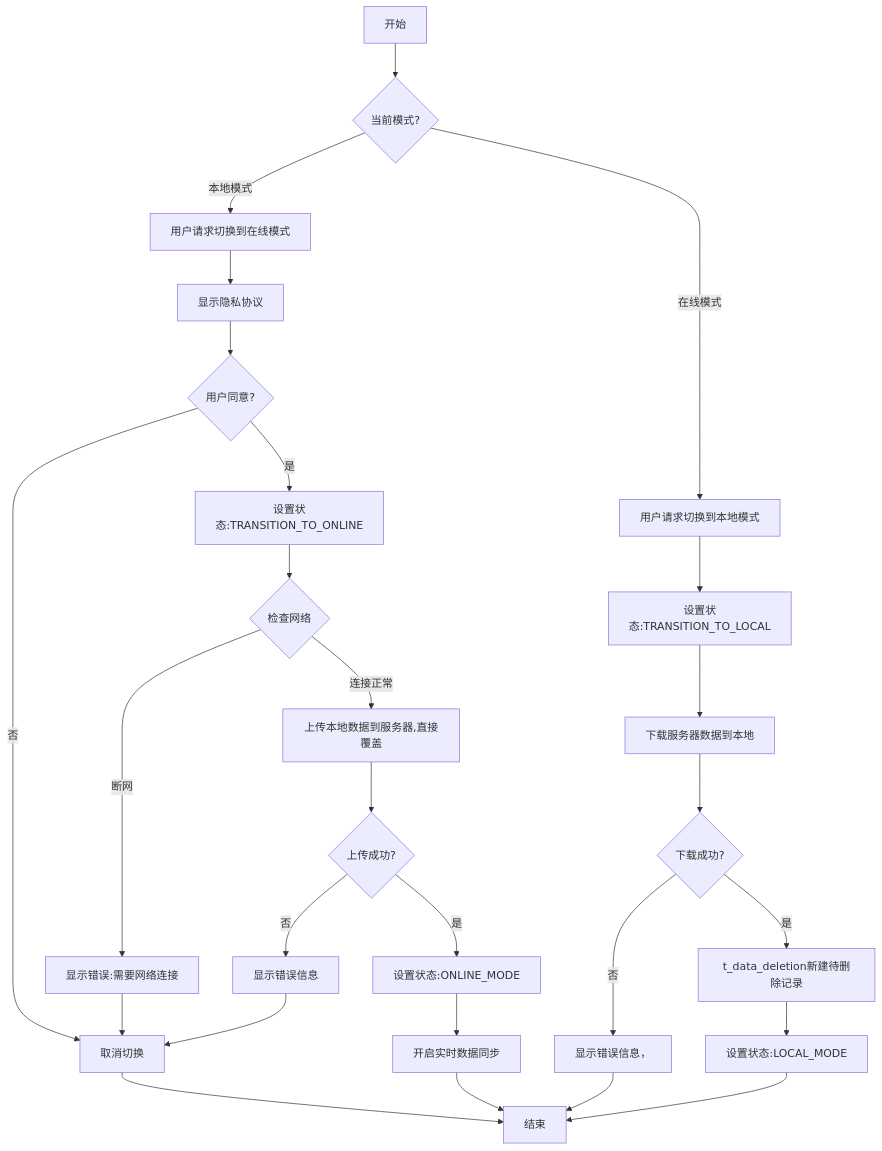
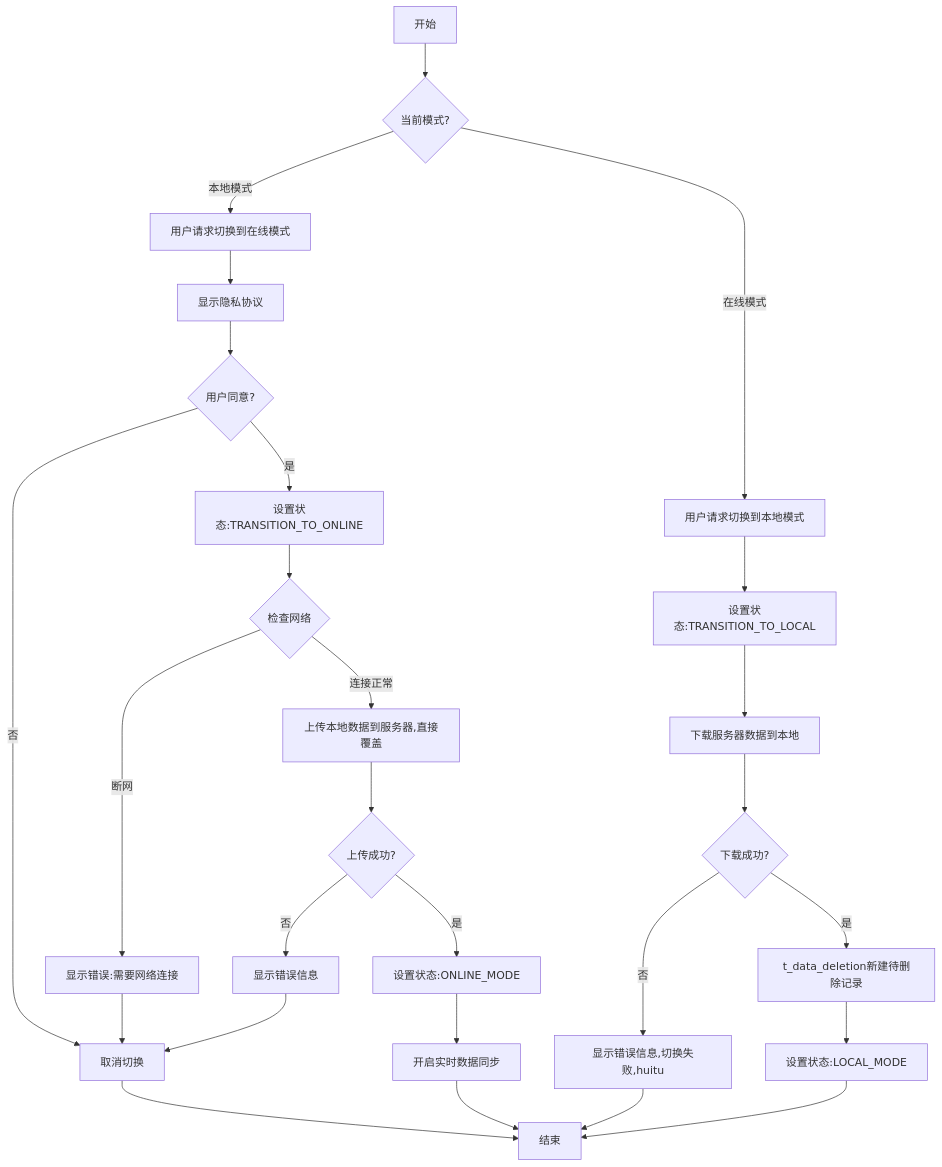
The diagram in all/未命名-50.md (yingjianzh/iodraw-files), drawn with Mermaid before and after one commit.

Commit message:
2025-05-08 16:15:39 update

````diff
--- a/all/未命名-50.md
+++ b/all/未命名-50.md
@@ -1,34 +1,34 @@
 ```mermaid
 
 flowchart TD
     A[开始] --> B{当前模式?}
     
     B -->|本地模式| C[用户请求切换到在线模式]
     C --> F[显示隐私协议]
     F --> G{用户同意?}
     G -->|否| H[取消切换]
     H --> Z[结束]
     G -->|是| I[设置状态:TRANSITION_TO_ONLINE]
     I --> J{检查网络}
     J -->|断网| K[显示错误:需要网络连接]
     K --> H
     J -->|连接正常| O[上传本地数据到服务器,直接覆盖]
     O --> P{上传成功?}
     P -->|否| Q[显示错误信息]
     Q --> H
     P -->|是| R[设置状态:ONLINE_MODE]
     R --> S[开启实时数据同步]
     S --> Z
     
     B -->|在线模式| T[用户请求切换到本地模式]
     T --> U[设置状态:TRANSITION_TO_LOCAL]
     U --> X[下载服务器数据到本地]
     X --> Y{下载成功?}
-    Y -->|否| AA2[显示错误信息，]
+    Y -->|否| AA2[显示错误信息,切换失败,huitu]
     AA2 --> Z
     Y -->|是| AB2[t_data_deletion新建待删除记录]
 
     AB2 -->AE[设置状态:LOCAL_MODE]
     AE --> Z
 
 ```
````
